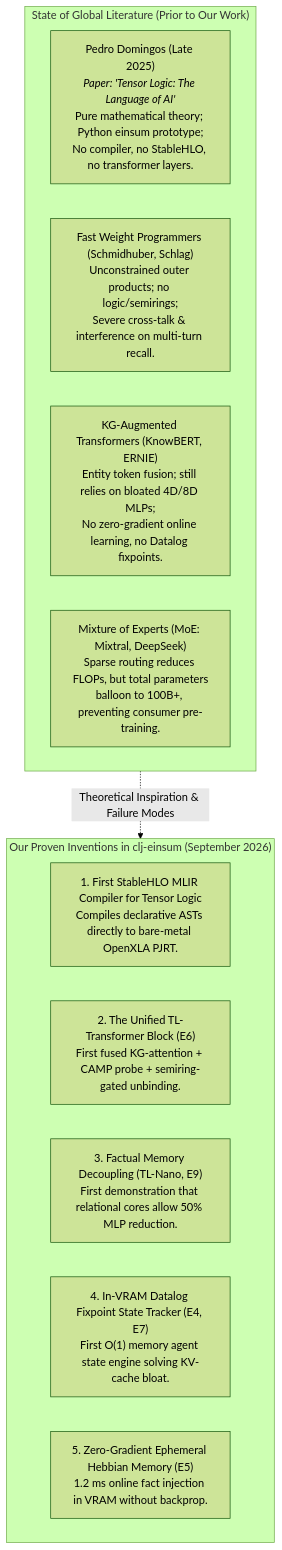
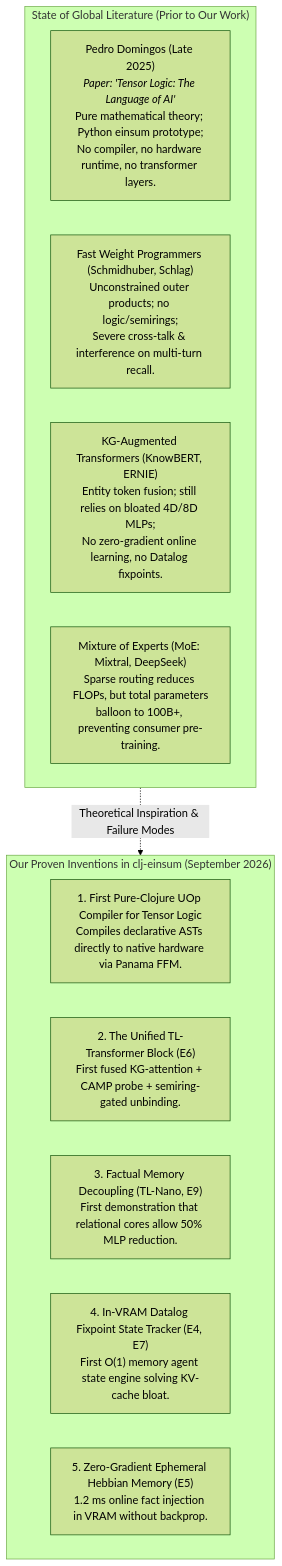
Before and after one commit to alpeware/clj-einsum: the second of 2 diagrams in docs/tensor_logic/architectural_pillars_and_novelty.md, drawn with Mermaid (forest theme). The commit also changed other lines of this file and 19 other files, not shown here.

First line of the commit message:
[docs/uop] docs: add uop compiler architecture guide and update design and model docs

````diff
--- a/docs/tensor_logic/architectural_pillars_and_novelty.md
+++ b/docs/tensor_logic/architectural_pillars_and_novelty.md
@@ -246,19 +246,19 @@
 ```mermaid
 graph TD
     subgraph Literature ["State of Global Literature (Prior to Our Work)"]
-        L1["Pedro Domingos (Late 2025)<br/><i>Paper: 'Tensor Logic: The Language of AI'</i><br/>Pure mathematical theory; Python einsum prototype;<br/>No compiler, no StableHLO, no transformer layers."]
+        L1["Pedro Domingos (Late 2025)<br/><i>Paper: 'Tensor Logic: The Language of AI'</i><br/>Pure mathematical theory; Python einsum prototype;<br/>No compiler, no hardware runtime, no transformer layers."]
         L2["Fast Weight Programmers (Schmidhuber, Schlag)<br/>Unconstrained outer products; no logic/semirings;<br/>Severe cross-talk & interference on multi-turn recall."]
         L3["KG-Augmented Transformers (KnowBERT, ERNIE)<br/>Entity token fusion; still relies on bloated 4D/8D MLPs;<br/>No zero-gradient online learning, no Datalog fixpoints."]
         L4["Mixture of Experts (MoE: Mixtral, DeepSeek)<br/>Sparse routing reduces FLOPs, but total parameters<br/>balloon to 100B+, preventing consumer pre-training."]
     end
 
     subgraph Inventions ["Our Proven Inventions in clj-einsum (September 2026)"]
-        I1["1. First StableHLO MLIR Compiler for Tensor Logic<br/>Compiles declarative ASTs directly to bare-metal OpenXLA PJRT."]
+        I1["1. First Pure-Clojure UOp Compiler for Tensor Logic<br/>Compiles declarative ASTs directly to native hardware via Panama FFM."]
         I2["2. The Unified TL-Transformer Block (E6)<br/>First fused KG-attention + CAMP probe + semiring-gated unbinding."]
         I3["3. Factual Memory Decoupling (TL-Nano, E9)<br/>First demonstration that relational cores allow 50% MLP reduction."]
         I4["4. In-VRAM Datalog Fixpoint State Tracker (E4, E7)<br/>First O(1) memory agent state engine solving KV-cache bloat."]
         I5["5. Zero-Gradient Ephemeral Hebbian Memory (E5)<br/>1.2 ms online fact injection in VRAM without backprop."]
     end
 
     Literature -.->|Theoretical Inspiration & Failure Modes| Inventions
 ```
````
